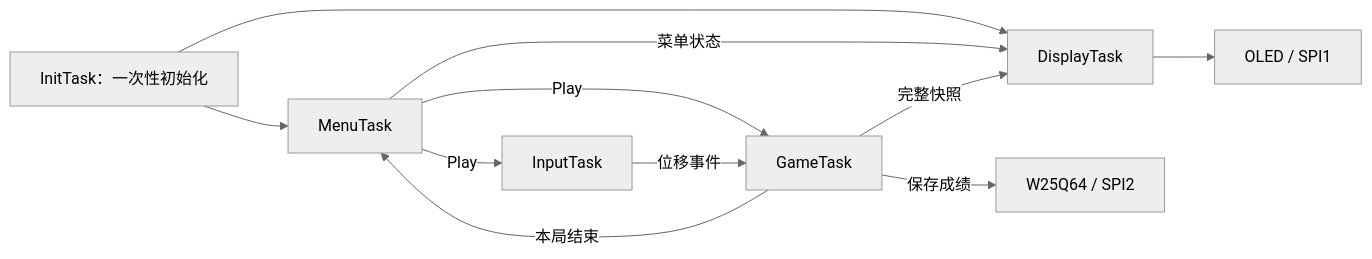
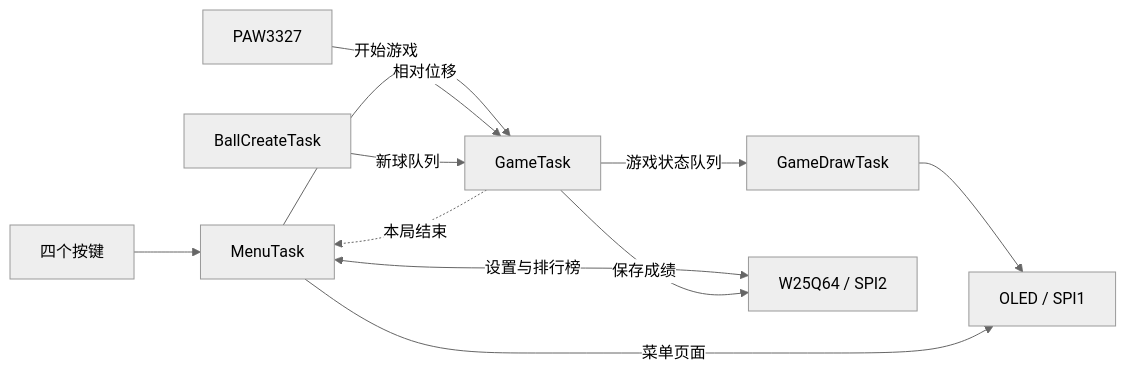
Before and after one commit to JohmasJo/OptiDodge: the diagram in README_ZH.md, drawn with Mermaid (neutral theme). The commit also changed other lines of this file and 2 other files, not shown here.

````diff
--- a/README_ZH.md
+++ b/README_ZH.md
@@ -226,13 +47,13 @@
 ```mermaid
 flowchart LR
-    Init[InitTask：一次性初始化] --> Menu[MenuTask]
-    Init --> Display[DisplayTask]
-    Menu -->|Play| Input[InputTask]
-    Menu -->|Play| Game[GameTask]
-    Input -->|位移事件| Game
-    Menu -->|菜单状态| Display
-    Game -->|完整快照| Display
-    Game -->|本局结束| Menu
-    Game -->|保存成绩| Flash[W25Q64 / SPI2]
-    Display --> OLED[OLED / SPI1]
+    Keys["四个按键"] --> Menu["MenuTask"]
+    Menu -->|开始游戏| Game["GameTask"]
+    Sensor["PAW3327"] -->|相对位移| Game
+    Spawn["BallCreateTask"] -->|新球队列| Game
+    Game -->|游戏状态队列| Draw["GameDrawTask"]
+    Draw --> OLED["OLED / SPI1"]
+    Menu -->|菜单页面| OLED
+    Menu <-->|设置与排行榜| Flash["W25Q64 / SPI2"]
+    Game -->|保存成绩| Flash
+    Game -.->|本局结束| Menu
 ```
````
